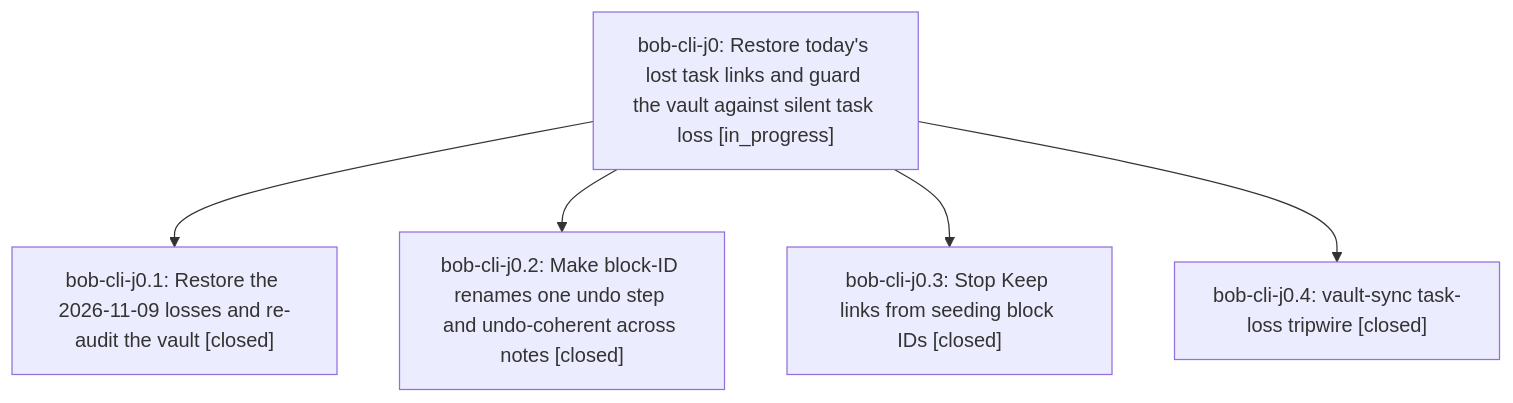
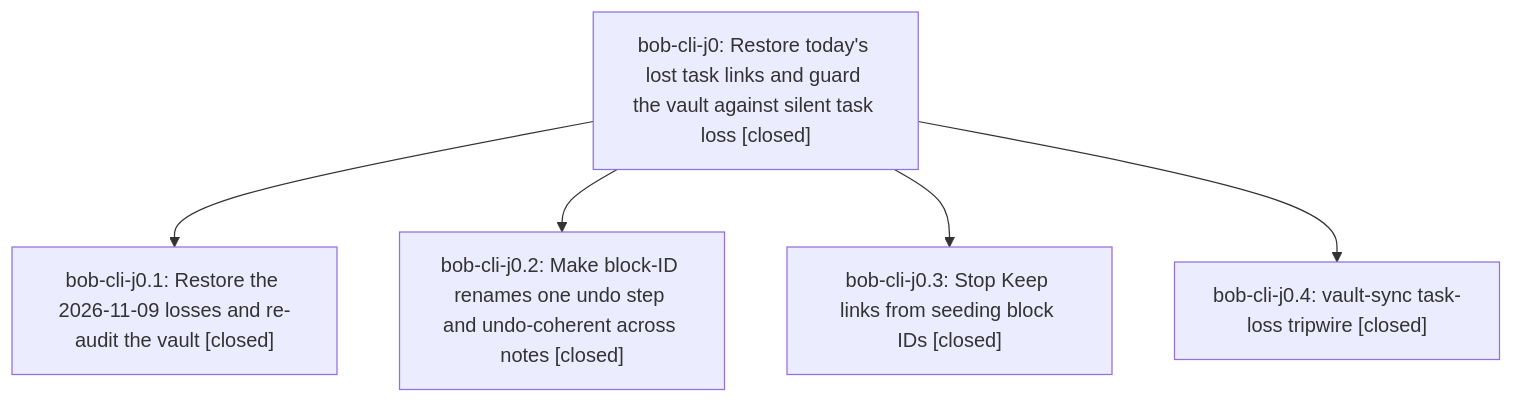
One commit to bobs-org/bob-cli--beads changed the diagram in pages/bob-cli-j0/README.md. Above: the diagram before and after it, drawn with Mermaid. The commit also changed other lines of this file and 3 other files, not shown here.

First line of the commit message:
chore(beads): sync bead state and pages for bob-cli-j0

````diff
--- a/pages/bob-cli-j0/README.md
+++ b/pages/bob-cli-j0/README.md
@@ -37,12 +67,12 @@
 ```mermaid
 flowchart TD
-    n0["bob-cli-j0: Restore today's lost task links and guard the vault against silent task loss [in_progress]"]
+    n0["bob-cli-j0: Restore today's lost task links and guard the vault against silent task loss [closed]"]
     n1["bob-cli-j0.1: Restore the 2026-11-09 losses and re-audit the vault [closed]"]
     n2["bob-cli-j0.2: Make block-ID renames one undo step and undo-coherent across notes [closed]"]
     n3["bob-cli-j0.3: Stop Keep links from seeding block IDs [closed]"]
     n4["bob-cli-j0.4: vault-sync task-loss tripwire [closed]"]
     n0 --> n1
     n0 --> n2
     n0 --> n3
     n0 --> n4
 ```
````
